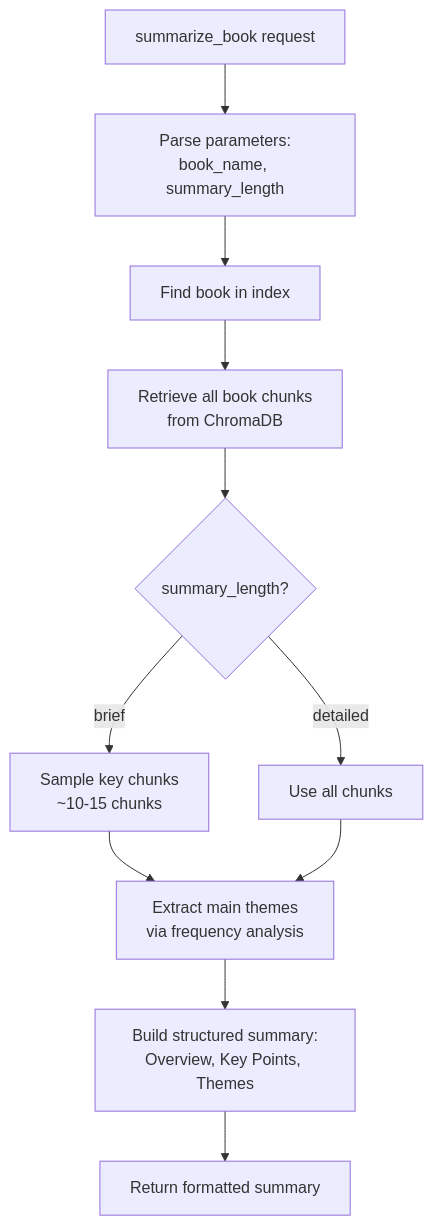
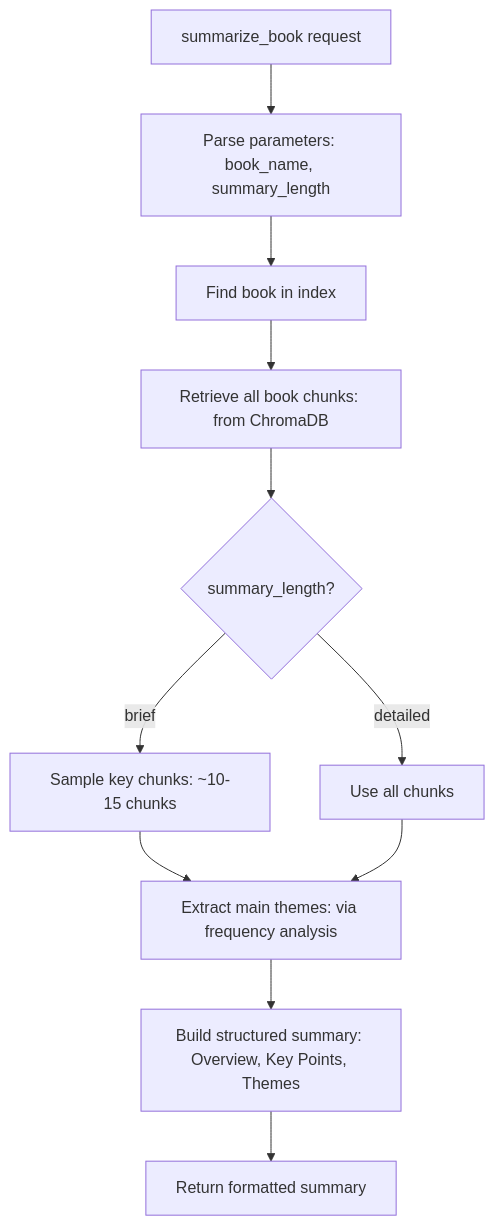
Diagram 11 of 22 in docs/ARCHITECTURE.md (hpoliset/PersonalDocLibraryRAGMCP), drawn with Mermaid before and after one commit. The commit also changed other lines of this file and 2 other files, not shown here.

First line of the commit message:
Update documentation with upgrade instructions and fix architecture diagrams

````diff
--- a/docs/ARCHITECTURE.md
+++ b/docs/ARCHITECTURE.md
@@ -332,13 +314,13 @@
 ```mermaid
-flowchart TD
-    START[summarize_book request] --> PARAMS[Parse parameters:<br/>book_name, summary_length]
+graph TD
+    START[summarize_book request] --> PARAMS[Parse parameters: book_name, summary_length]
     PARAMS --> FIND_BOOK[Find book in index]
-    FIND_BOOK --> GET_CHUNKS[Retrieve all book chunks<br/>from ChromaDB]
+    FIND_BOOK --> GET_CHUNKS[Retrieve all book chunks: from ChromaDB]
     GET_CHUNKS --> SAMPLE{summary_length?}
-    SAMPLE -->|brief| SAMPLE_CHUNKS[Sample key chunks<br/>~10-15 chunks]
+    SAMPLE -->|brief| SAMPLE_CHUNKS[Sample key chunks: ~10-15 chunks]
     SAMPLE -->|detailed| ALL_CHUNKS[Use all chunks]
-    SAMPLE_CHUNKS --> EXTRACT_THEMES[Extract main themes<br/>via frequency analysis]
+    SAMPLE_CHUNKS --> EXTRACT_THEMES[Extract main themes: via frequency analysis]
     ALL_CHUNKS --> EXTRACT_THEMES
-    EXTRACT_THEMES --> BUILD_SUMMARY[Build structured summary:<br/>Overview, Key Points, Themes]
+    EXTRACT_THEMES --> BUILD_SUMMARY[Build structured summary: Overview, Key Points, Themes]
     BUILD_SUMMARY --> RESPONSE[Return formatted summary]
 ```
````
